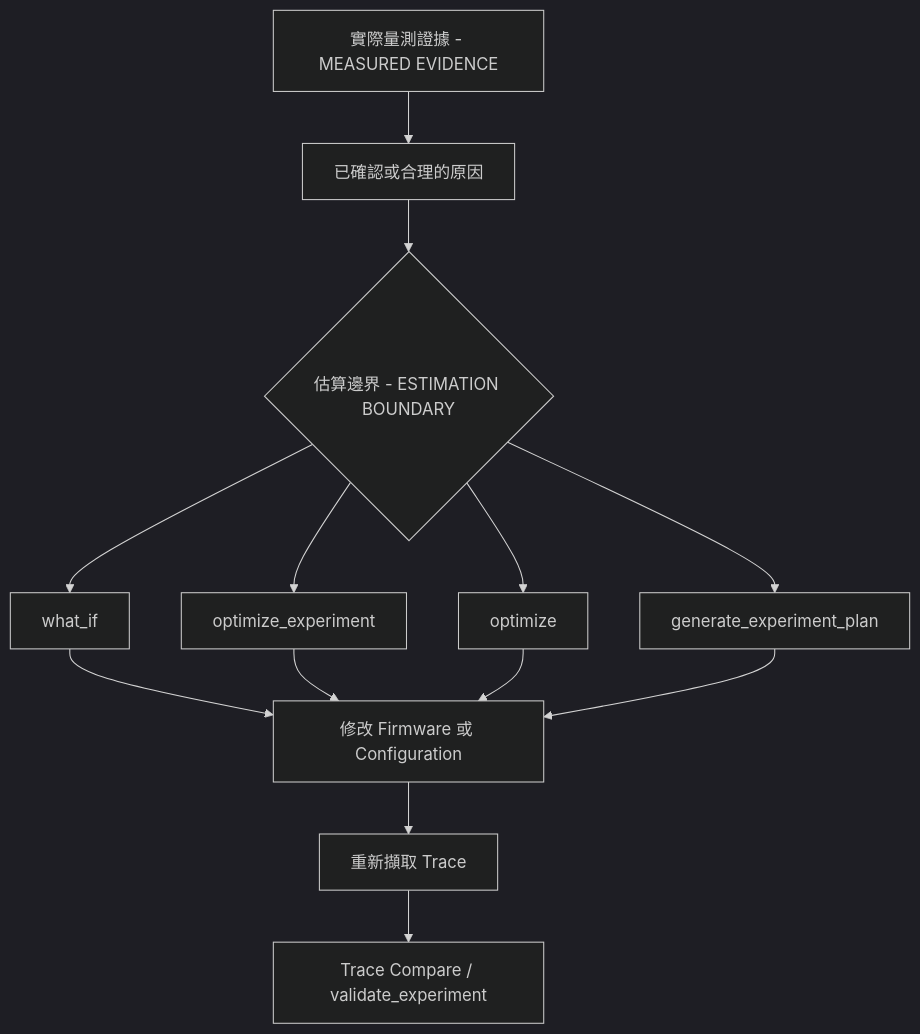
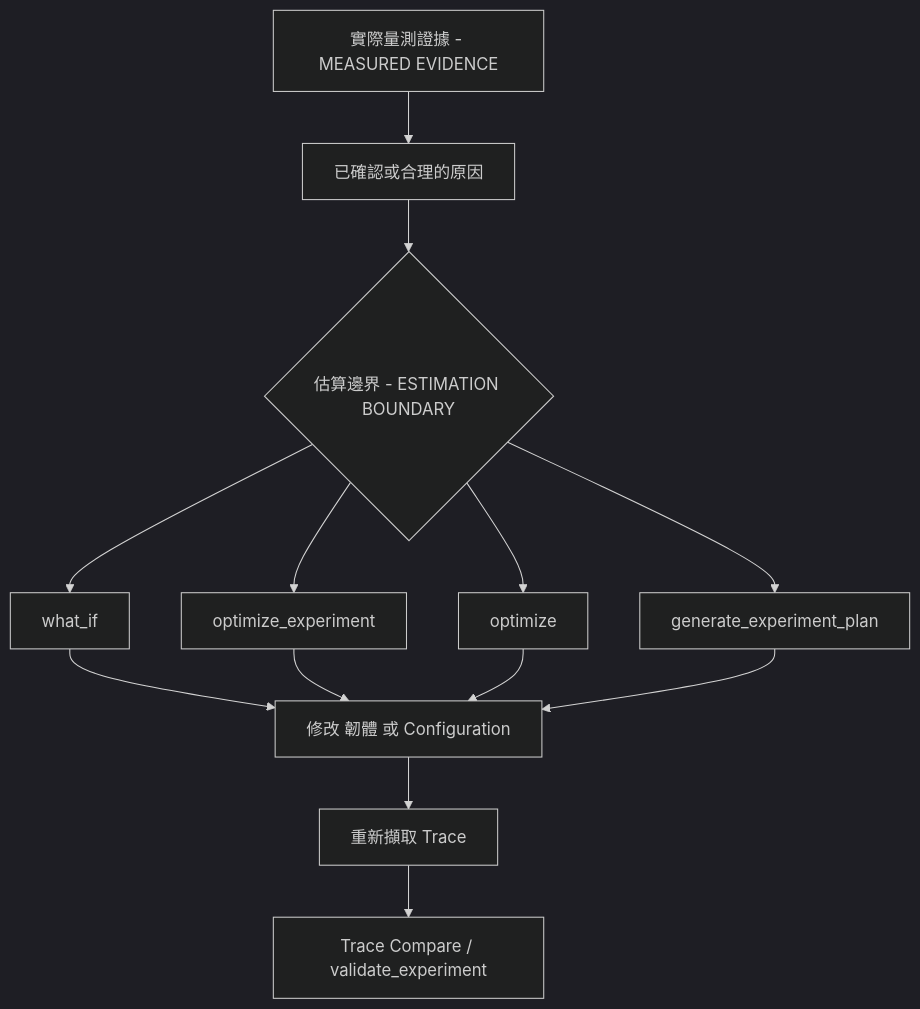
Before and after one commit to kuopinghsu/FreeRTOS-BTF-Trace: the sixth of 11 diagrams in BTFViewer/AI_zh-TW.md, drawn with Mermaid (dark theme). The commit also changed other lines of this file and 112 other files, not shown here.

````diff
--- a/BTFViewer/AI_zh-TW.md
+++ b/BTFViewer/AI_zh-TW.md
@@ -701,15 +699,15 @@
 ```mermaid
 flowchart TD
   measured["實際量測證據 - MEASURED EVIDENCE"] --> cause["已確認或合理的原因"]
   cause --> boundary{"估算邊界 - ESTIMATION BOUNDARY"}
   boundary --> whatif["what_if"]
   boundary --> optexp["optimize_experiment"]
   boundary --> optimize["optimize"]
   boundary --> plan["generate_experiment_plan"]
-  whatif --> change["修改 Firmware 或 Configuration"]
+  whatif --> change["修改 韌體 或 Configuration"]
   optexp --> change
   optimize --> change
   plan --> change
   change --> recapture["重新擷取 Trace"]
   recapture --> validate["Trace Compare / validate_experiment"]
 ```
````
